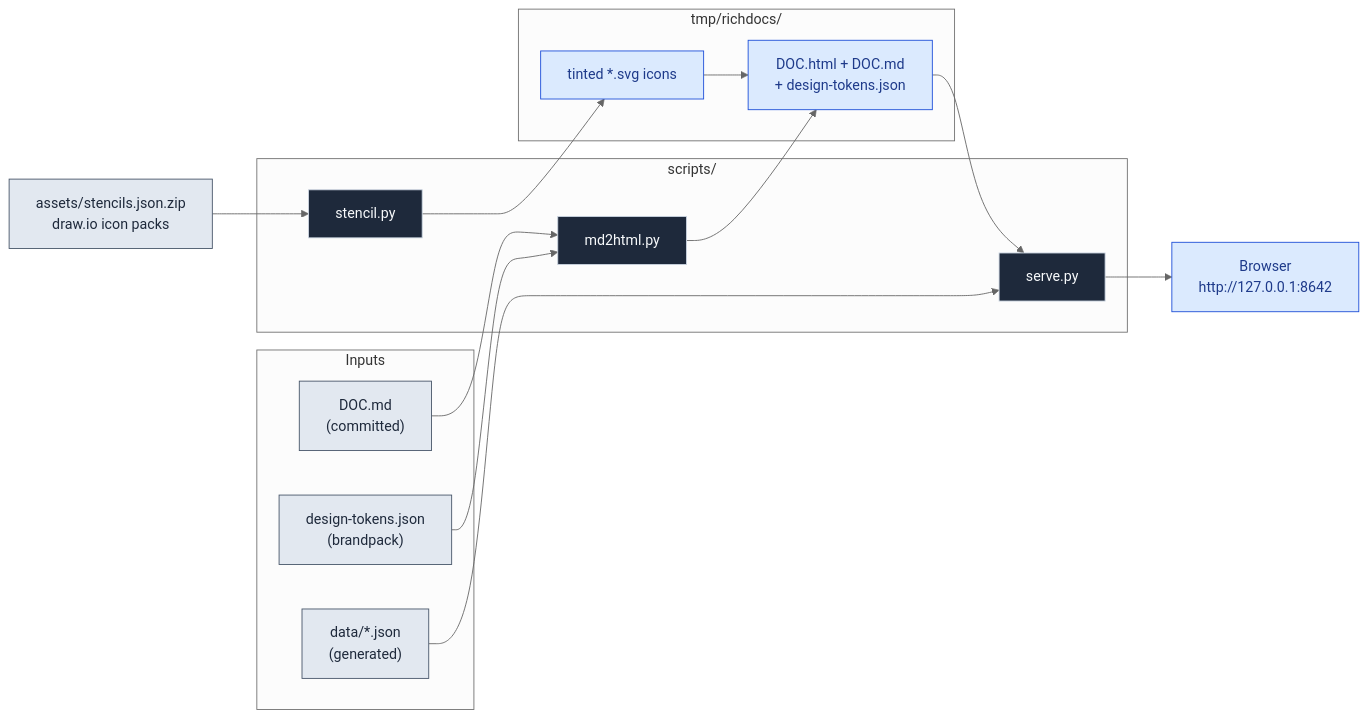
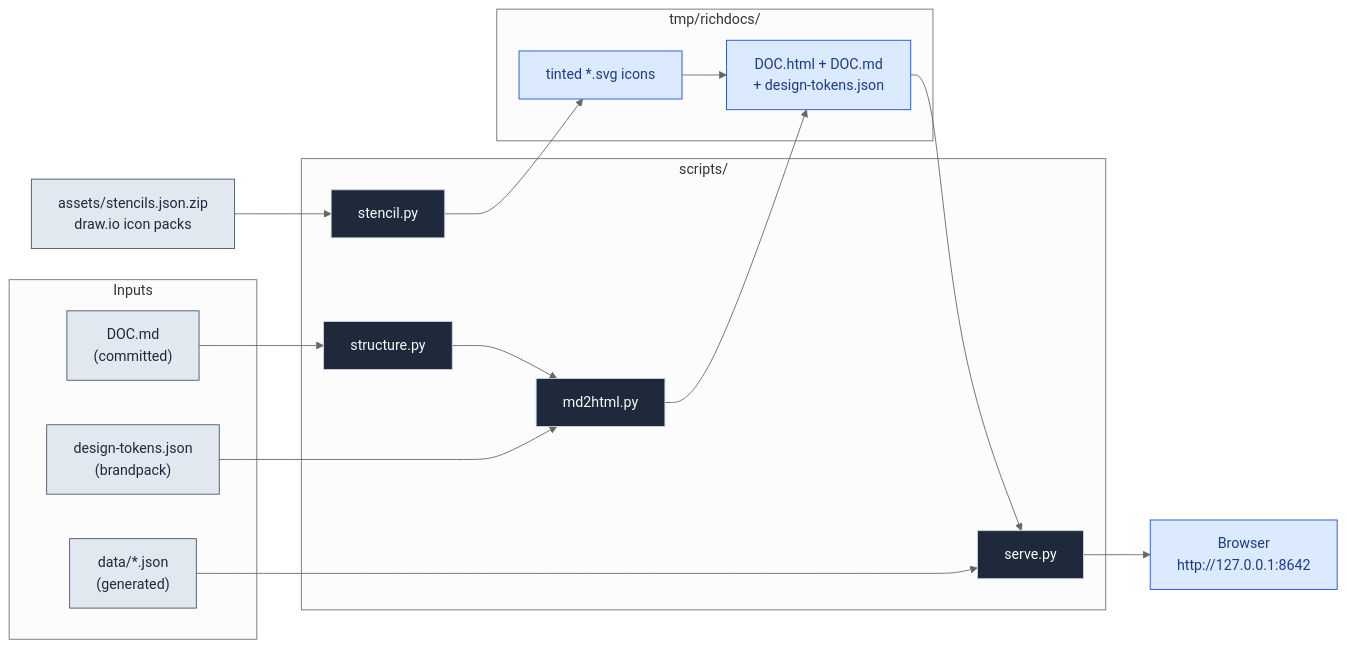
One commit to jpeakai/skills changed the second of 2 diagrams in skills/richdocs/README.md. Above: the diagram before and after it, drawn with Mermaid (neutral theme). The commit also changed other lines of this file and 86 other files, not shown here.

````diff
--- a/skills/richdocs/README.md
+++ b/skills/richdocs/README.md
@@ -32,33 +33,34 @@
 ```mermaid
 flowchart LR
     subgraph inputs["Inputs"]
         MD["DOC.md<br/>(committed)"]
         DATA["data/*.json<br/>(generated)"]
         TOK["design-tokens.json<br/>(brandpack)"]
     end
     subgraph scripts["scripts/"]
+        CHECK["structure.py"]
         M2H["md2html.py"]
         ST["stencil.py"]
         SRV["serve.py"]
     end
     ZIP["assets/stencils.json.zip<br/>draw.io icon packs"]
     subgraph out["tmp/richdocs/"]
         HTML["DOC.html + DOC.md<br/>+ design-tokens.json"]
         SVG["tinted *.svg icons"]
     end
     BROWSER["Browser<br/>http://127.0.0.1:8642"]
 
-    MD --> M2H --> HTML
+    MD --> CHECK --> M2H --> HTML
     TOK --> M2H
     ZIP --> ST --> SVG
     HTML --> SRV --> BROWSER
     DATA --> SRV
     SVG --> HTML
 
     classDef src fill:#e2e8f0,stroke:#475569,color:#1e293b
     classDef tool fill:#1e293b,stroke:#cbd5e1,color:#f8fafc
     classDef output fill:#dbeafe,stroke:#1d4ed8,color:#1e3a8a
     class MD,DATA,TOK,ZIP src
-    class M2H,ST,SRV tool
+    class CHECK,M2H,ST,SRV tool
     class HTML,SVG,BROWSER output
 ```
````
